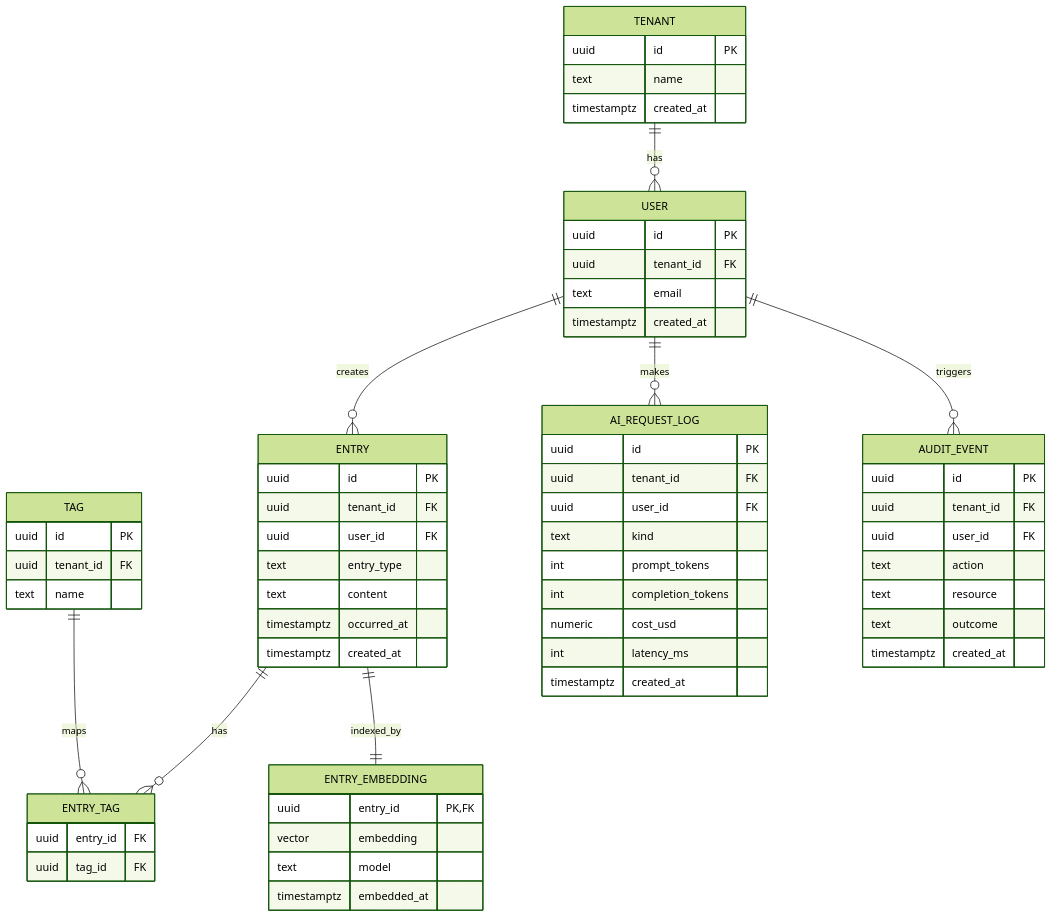
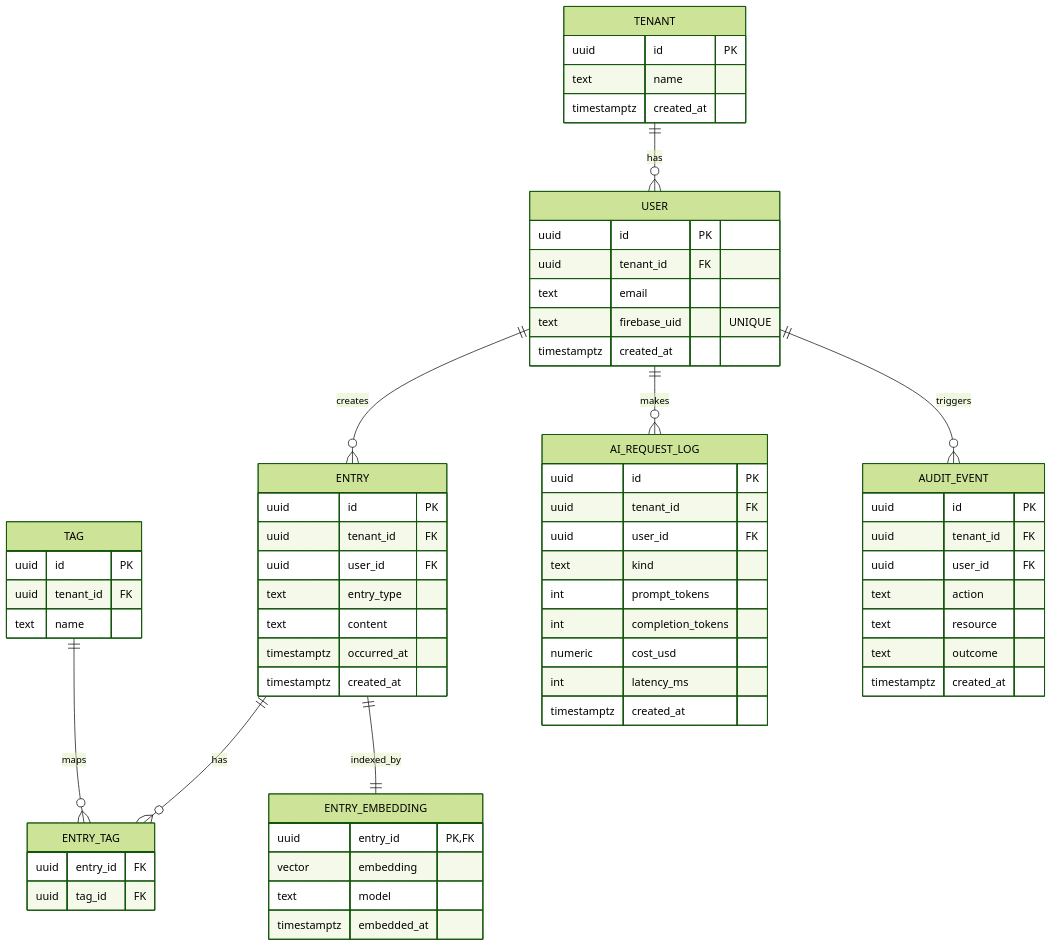
Before and after one commit to JoungPark/second-memory: the second of 5 diagrams in docs/architecture/v1-system-architecture.md, drawn with Mermaid (forest theme). The commit also changed other lines of this file and 6 other files, not shown here.

````diff
--- a/docs/architecture/v1-system-architecture.md
+++ b/docs/architecture/v1-system-architecture.md
@@ -105,73 +106,74 @@
 ```mermaid
 erDiagram
     TENANT ||--o{ USER : has
     USER ||--o{ ENTRY : creates
     ENTRY ||--o{ ENTRY_TAG : has
     TAG ||--o{ ENTRY_TAG : maps
     ENTRY ||--|| ENTRY_EMBEDDING : indexed_by
     USER ||--o{ AI_REQUEST_LOG : makes
     USER ||--o{ AUDIT_EVENT : triggers
 
     TENANT {
       uuid id PK
       text name
       timestamptz created_at
     }
 
     USER {
       uuid id PK
       uuid tenant_id FK
       text email
+      text firebase_uid "UNIQUE"
       timestamptz created_at
     }
 
     ENTRY {
       uuid id PK
       uuid tenant_id FK
       uuid user_id FK
       text entry_type
       text content
       timestamptz occurred_at
       timestamptz created_at
     }
 
     ENTRY_EMBEDDING {
       uuid entry_id PK, FK
       vector embedding
       text model
       timestamptz embedded_at
     }
 
     TAG {
       uuid id PK
       uuid tenant_id FK
       text name
     }
 
     ENTRY_TAG {
       uuid entry_id FK
       uuid tag_id FK
     }
 
     AI_REQUEST_LOG {
       uuid id PK
       uuid tenant_id FK
       uuid user_id FK
       text kind
       int prompt_tokens
       int completion_tokens
       numeric cost_usd
       int latency_ms
       timestamptz created_at
     }
 
     AUDIT_EVENT {
       uuid id PK
       uuid tenant_id FK
       uuid user_id FK
       text action
       text resource
       text outcome
       timestamptz created_at
     }
 ```
````
